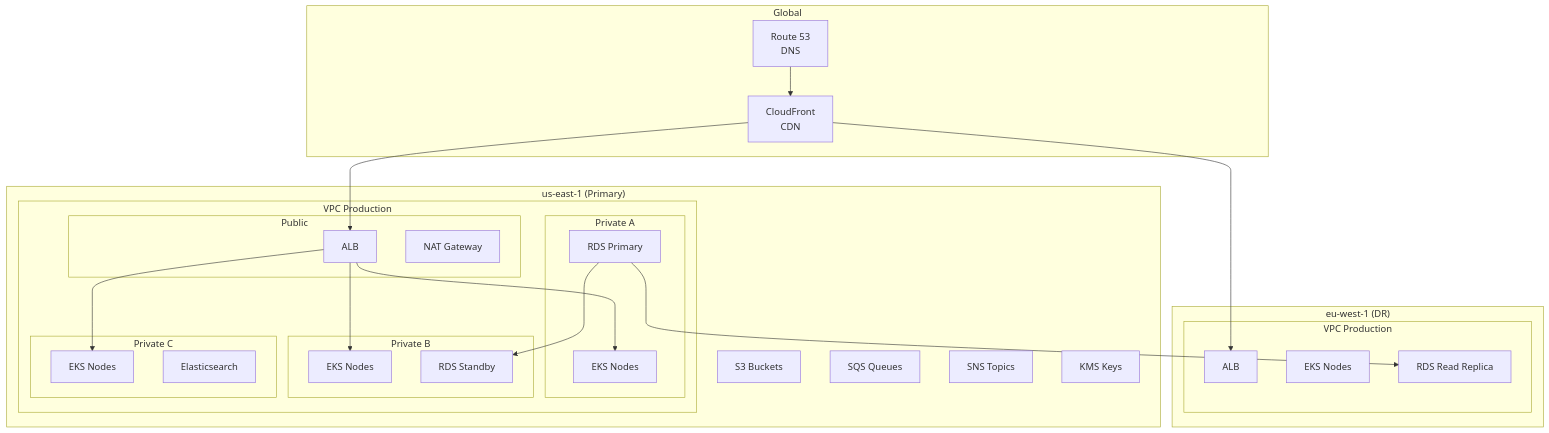
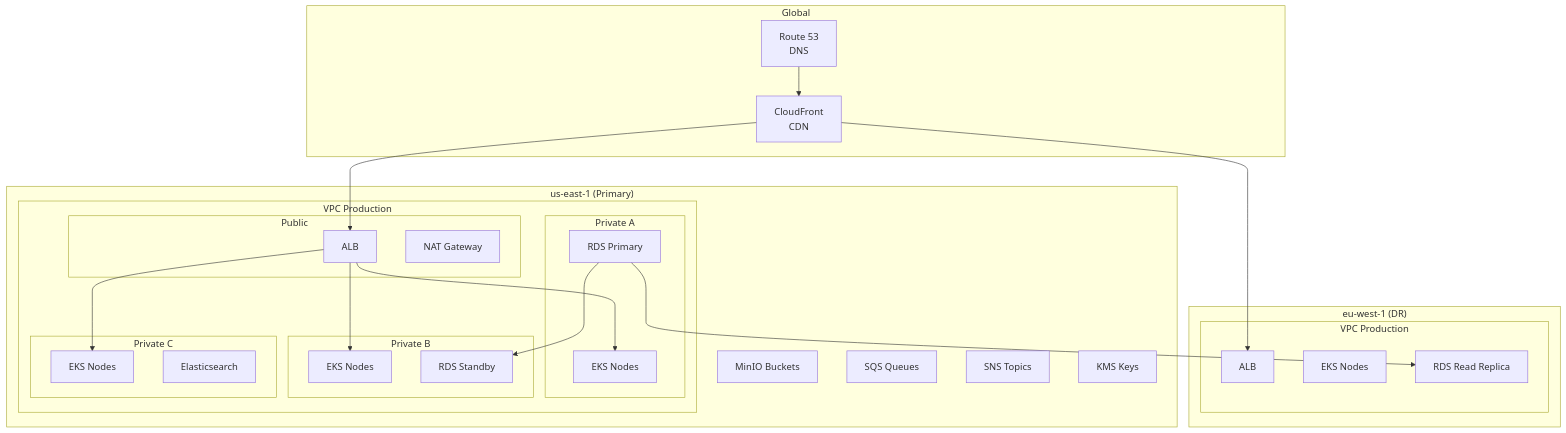
Diagram 20 of 28 in docs/ARCHITECTURE.md (MuhibNayem/SkillForge), drawn with Mermaid before and after one commit. The commit also changed other lines of this file and 108 other files, not shown here.

Commit message:
feat: Implement initial microservices architecture for SkillForge, including Go services, Svelte client, and foundational infrastructure.

````diff
--- a/docs/ARCHITECTURE.md
+++ b/docs/ARCHITECTURE.md
@@ -1646,55 +1872,55 @@
 ```mermaid
 flowchart TB
     subgraph "Global"
         route53[Route 53<br/>DNS]
         cloudfront[CloudFront<br/>CDN]
     end
     
     subgraph "us-east-1 (Primary)"
         subgraph "VPC Production"
             subgraph "Public"
                 alb[ALB]
                 nat[NAT Gateway]
             end
             
             subgraph "Private A"
                 eks_a[EKS Nodes]
                 rds_a[RDS Primary]
             end
             
             subgraph "Private B"
                 eks_b[EKS Nodes]
                 rds_b[RDS Standby]
             end
             
             subgraph "Private C"
                 eks_c[EKS Nodes]
                 elastic[Elasticsearch]
             end
         end
         
-        s3[S3 Buckets]
+        s3[MinIO Buckets]
         sqs[SQS Queues]
         sns[SNS Topics]
         kms[KMS Keys]
     end
     
     subgraph "eu-west-1 (DR)"
         subgraph "VPC Production"
             alb_eu[ALB]
             eks_eu[EKS Nodes]
             rds_eu[RDS Read Replica]
         end
     end
     
     route53 --> cloudfront
     cloudfront --> alb
     cloudfront --> alb_eu
     
     alb --> eks_a
     alb --> eks_b
     alb --> eks_c
     
     rds_a --> rds_b
     rds_a --> rds_eu
 ```
````
